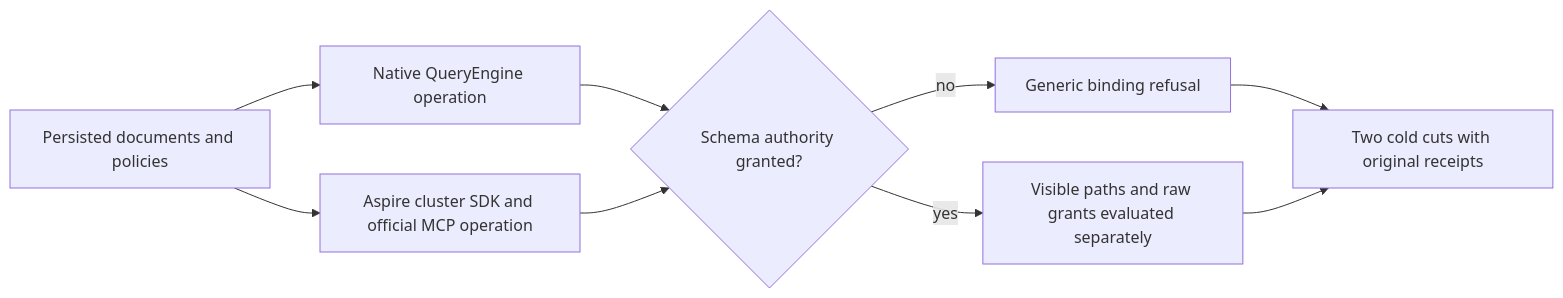
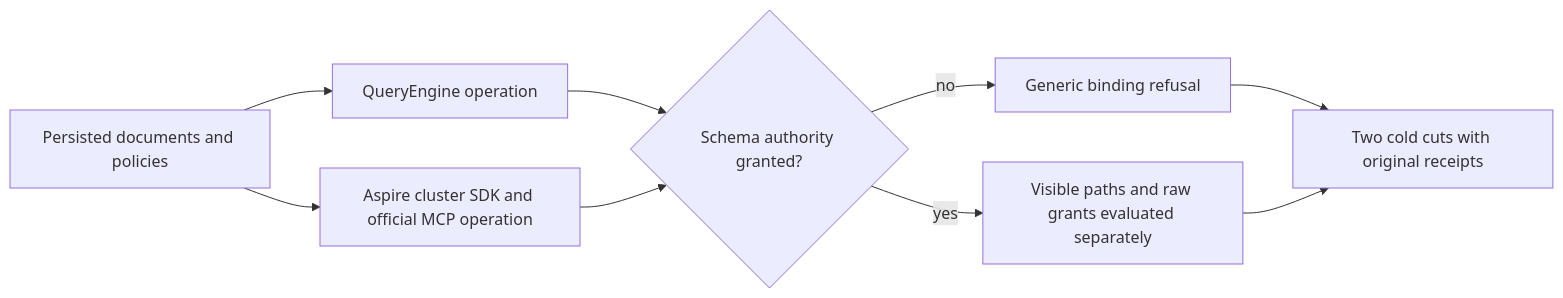
One commit to managedcode/KeyLoad changed the diagram in docs/Features/Authorization/SchemaVisibleProjectionWholeFlow.md. Above: the diagram before and after it, drawn with Mermaid. The commit also changed other lines of this file and 9016 other files, not shown here.

````diff
--- a/docs/Features/Authorization/SchemaVisibleProjectionWholeFlow.md
+++ b/docs/Features/Authorization/SchemaVisibleProjectionWholeFlow.md
@@ -18,11 +18,11 @@
 ```mermaid
 flowchart LR
-    Seed[Persisted documents and policies] --> Native[Native QueryEngine operation]
+    Seed[Persisted documents and policies] --> Execution[QueryEngine operation]
     Seed --> Public[Aspire cluster SDK and official MCP operation]
-    Native --> Schema{Schema authority granted?}
+    Execution --> Schema{Schema authority granted?}
     Public --> Schema
     Schema -->|no| Generic[Generic binding refusal]
     Schema -->|yes| Visible[Visible paths and raw grants evaluated separately]
     Generic --> Cold[Two cold cuts with original receipts]
     Visible --> Cold
 ```
````
